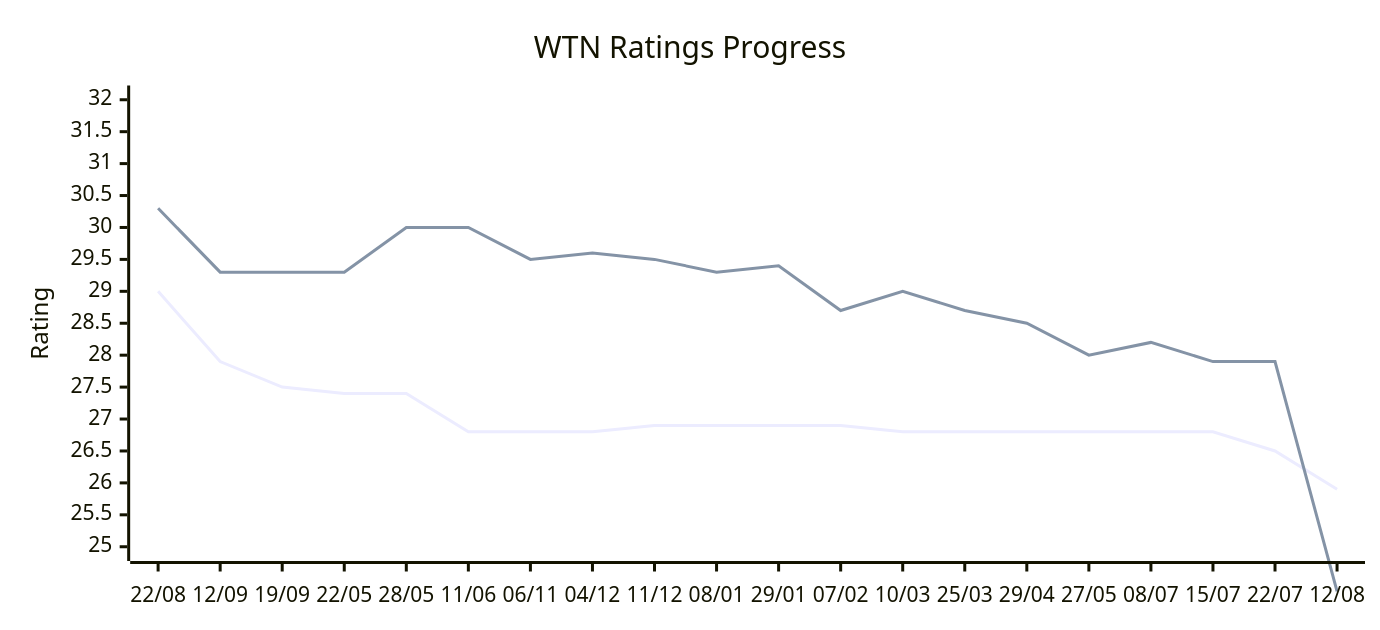
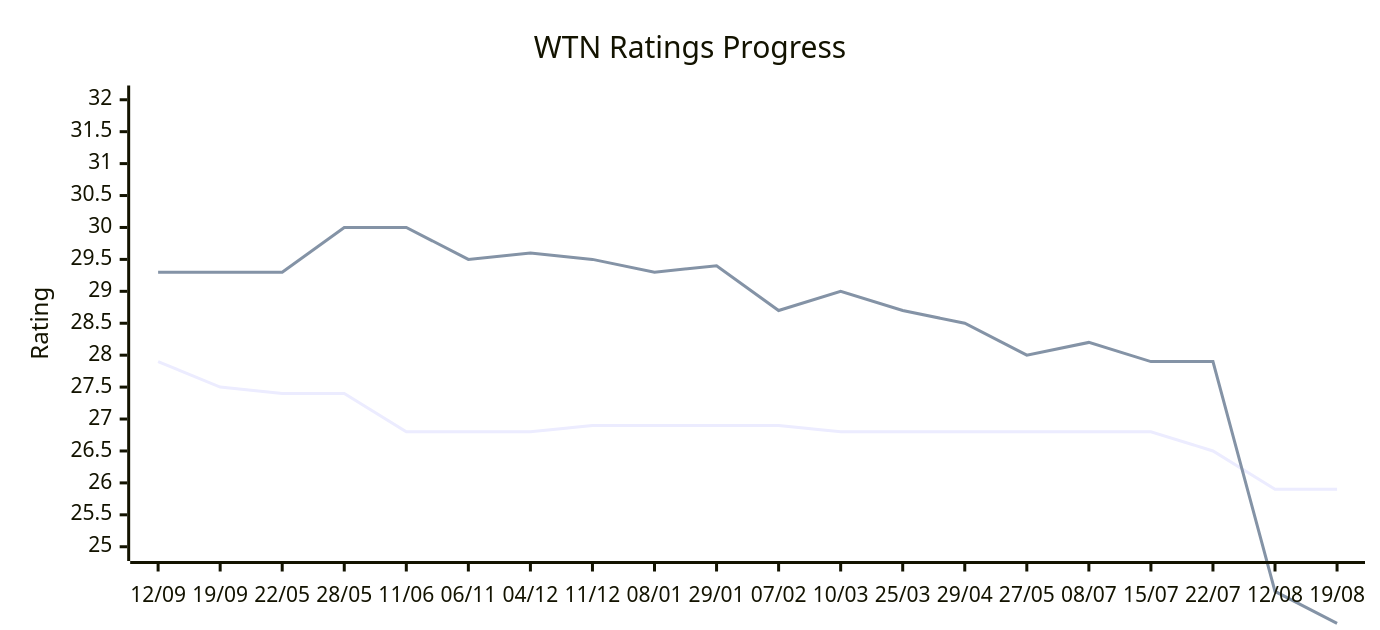
One commit to jamesrwhite/wtn changed the diagram in README.md. Above: the diagram before and after it, drawn with Mermaid. The commit also changed other lines of this file and 1 other file, not shown here.

Commit message:
Updated ratings

````diff
--- a/README.md
+++ b/README.md
@@ -12,14 +12,14 @@
 ```mermaid
 ---
 config:
   xyChart:
     width: 900
     height: 400
 ---
 xychart-beta
   title "WTN Ratings Progress"
-  x-axis ["22/08", "12/09", "19/09", "22/05", "28/05", "11/06", "06/11", "04/12", "11/12", "08/01", "29/01", "07/02", "10/03", "25/03", "29/04", "27/05", "08/07", "15/07", "22/07", "12/08"]
+  x-axis ["12/09", "19/09", "22/05", "28/05", "11/06", "06/11", "04/12", "11/12", "08/01", "29/01", "07/02", "10/03", "25/03", "29/04", "27/05", "08/07", "15/07", "22/07", "12/08", "19/08"]
   y-axis "Rating" 25 --> 32
-  line [29.0, 27.9, 27.5, 27.4, 27.4, 26.8, 26.8, 26.8, 26.9, 26.9, 26.9, 26.9, 26.8, 26.8, 26.8, 26.8, 26.8, 26.8, 26.5, 25.9]
-  line [30.3, 29.3, 29.3, 29.3, 30.0, 30.0, 29.5, 29.6, 29.5, 29.3, 29.4, 28.7, 29.0, 28.7, 28.5, 28.0, 28.2, 27.9, 27.9, 24.3]
+  line [27.9, 27.5, 27.4, 27.4, 26.8, 26.8, 26.8, 26.9, 26.9, 26.9, 26.9, 26.8, 26.8, 26.8, 26.8, 26.8, 26.8, 26.5, 25.9, 25.9]
+  line [29.3, 29.3, 29.3, 30.0, 30.0, 29.5, 29.6, 29.5, 29.3, 29.4, 28.7, 29.0, 28.7, 28.5, 28.0, 28.2, 27.9, 27.9, 24.3, 23.8]
 ```
````
